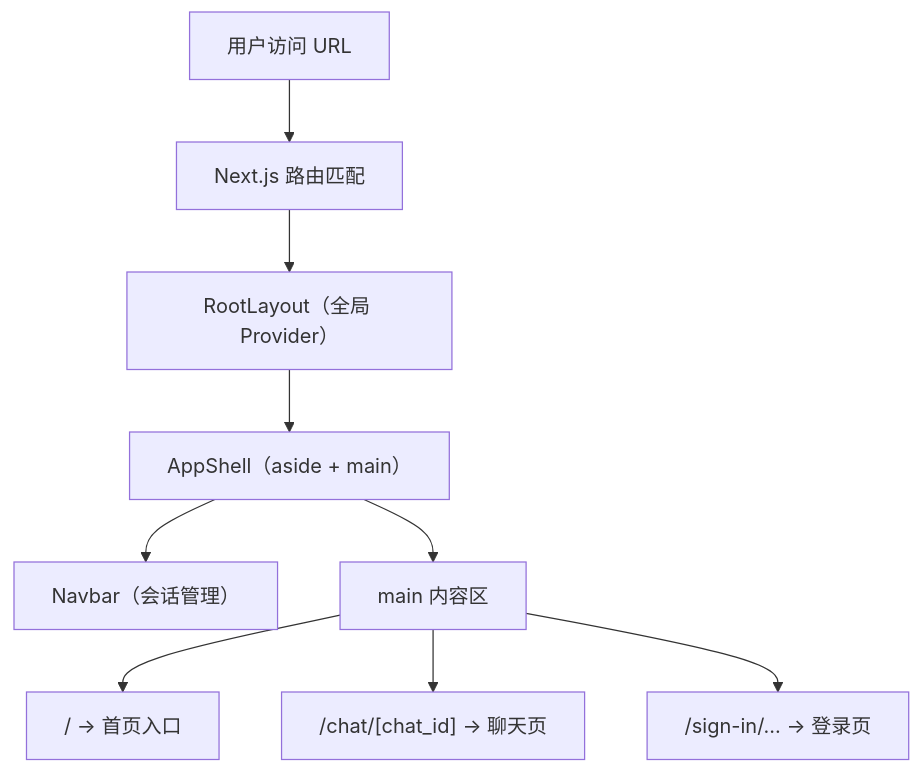
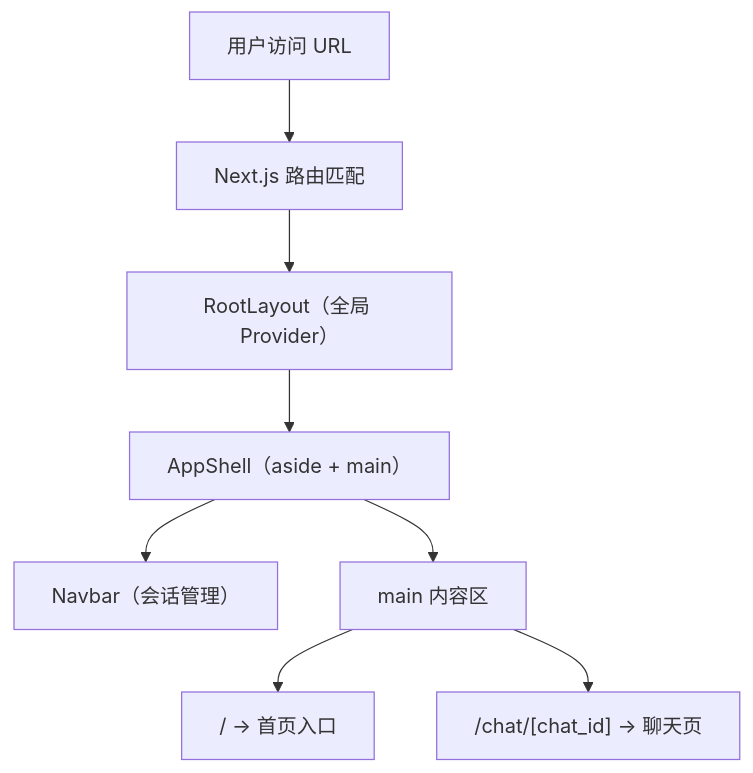
One commit to alicesainta-sketch/deepscan changed the first of 3 diagrams in docs/page-structure.md. Above: the diagram before and after it, drawn with Mermaid. The commit also changed 15 other files, not shown here.

````diff
--- a/docs/page-structure.md
+++ b/docs/page-structure.md
@@ -7,11 +7,10 @@
 ```mermaid
 flowchart TD
     A["用户访问 URL"] --> B["Next.js 路由匹配"]
     B --> C["RootLayout（全局 Provider）"]
     C --> D["AppShell（aside + main）"]
     D --> E["Navbar（会话管理）"]
     D --> F["main 内容区"]
     F --> G["/ -> 首页入口"]
     F --> H["/chat/[chat_id] -> 聊天页"]
-    F --> I["/sign-in/... -> 登录页"]
 ```
````
